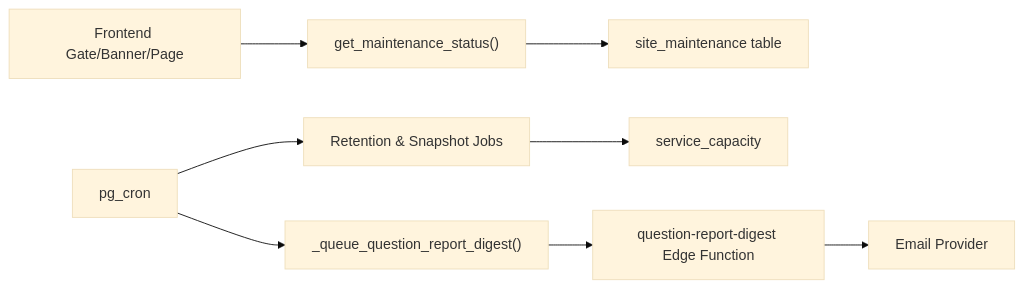
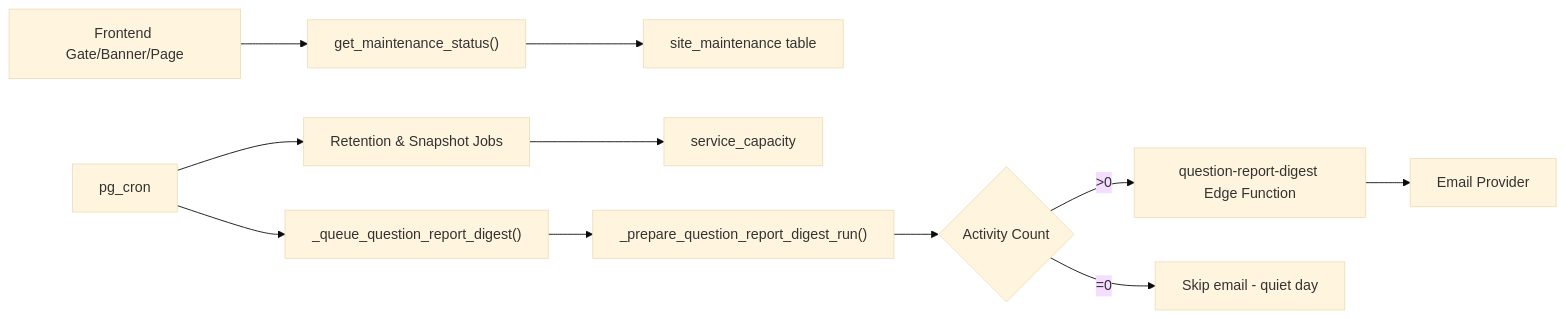
One commit to muhammadhabibullah/tbs-lpdp changed the eighth of 8 diagrams in .qoder/repowiki/en/content/Monitoring and Maintenance/Maintenance System.md. Above: the diagram before and after it, drawn with Mermaid (base theme). The commit also changed other lines of this file and 6 other files, not shown here.

````diff
--- a/.qoder/repowiki/en/content/Monitoring and Maintenance/Maintenance System.md
+++ b/.qoder/repowiki/en/content/Monitoring and Maintenance/Maintenance System.md
@@ -304,10 +344,13 @@
 ```mermaid
 graph LR
 FE["Frontend Gate/Banner/Page"] --> MS["get_maintenance_status()"]
 MS --> SM["site_maintenance table"]
 Cron["pg_cron"] --> Jobs["Retention & Snapshot Jobs"]
 Jobs --> Cap["service_capacity"]
 Cron --> Digest["_queue_question_report_digest()"]
-Digest --> EF["question-report-digest Edge Function"]
+Digest --> Prepare["_prepare_question_report_digest_run()"]
+Prepare --> Activity{"Activity Count"}
+Activity --> |>0| EF["question-report-digest Edge Function"]
+Activity --> |=0| Skip["Skip email - quiet day"]
 EF --> Email["Email Provider"]
 ```
````
